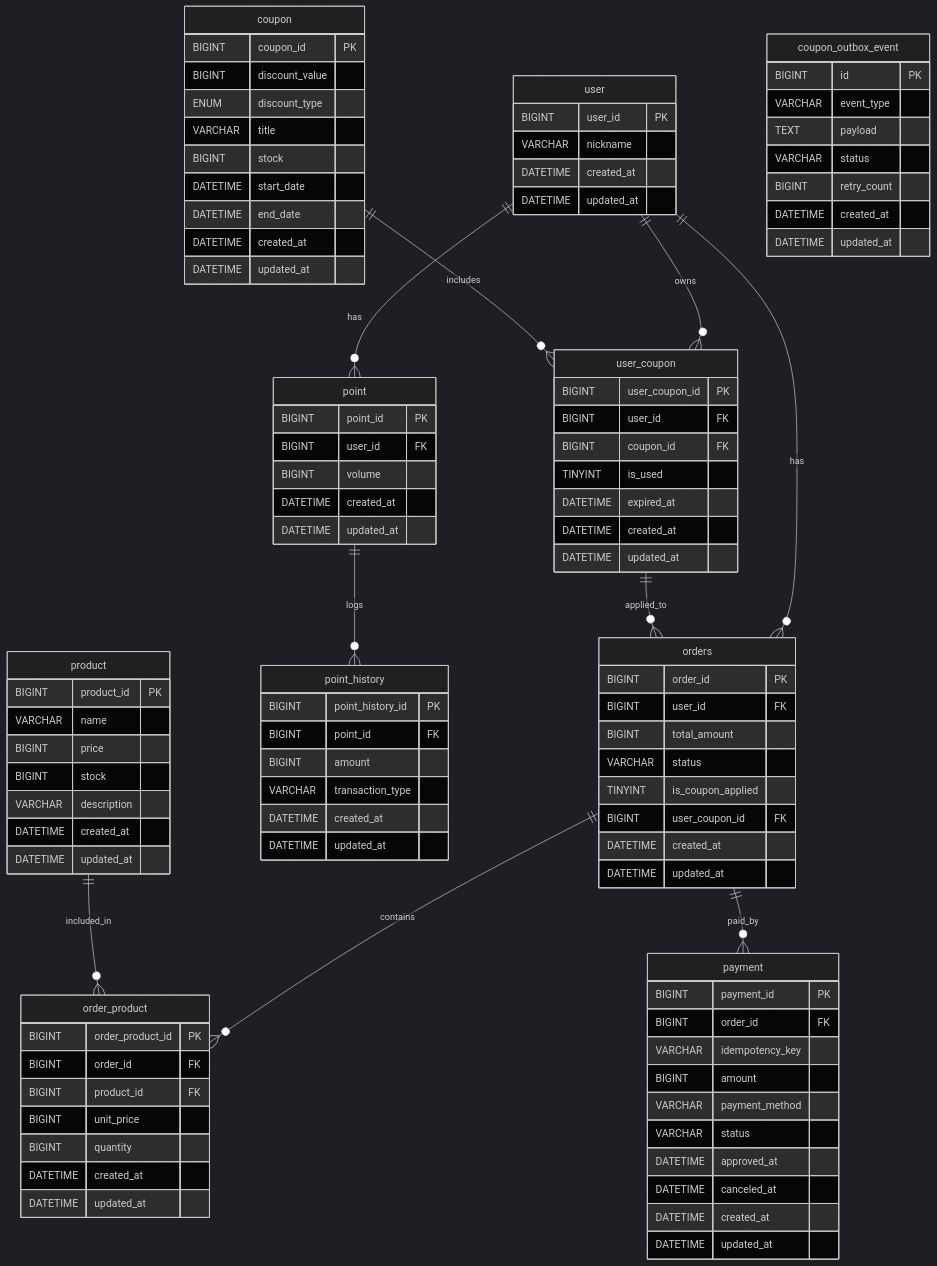
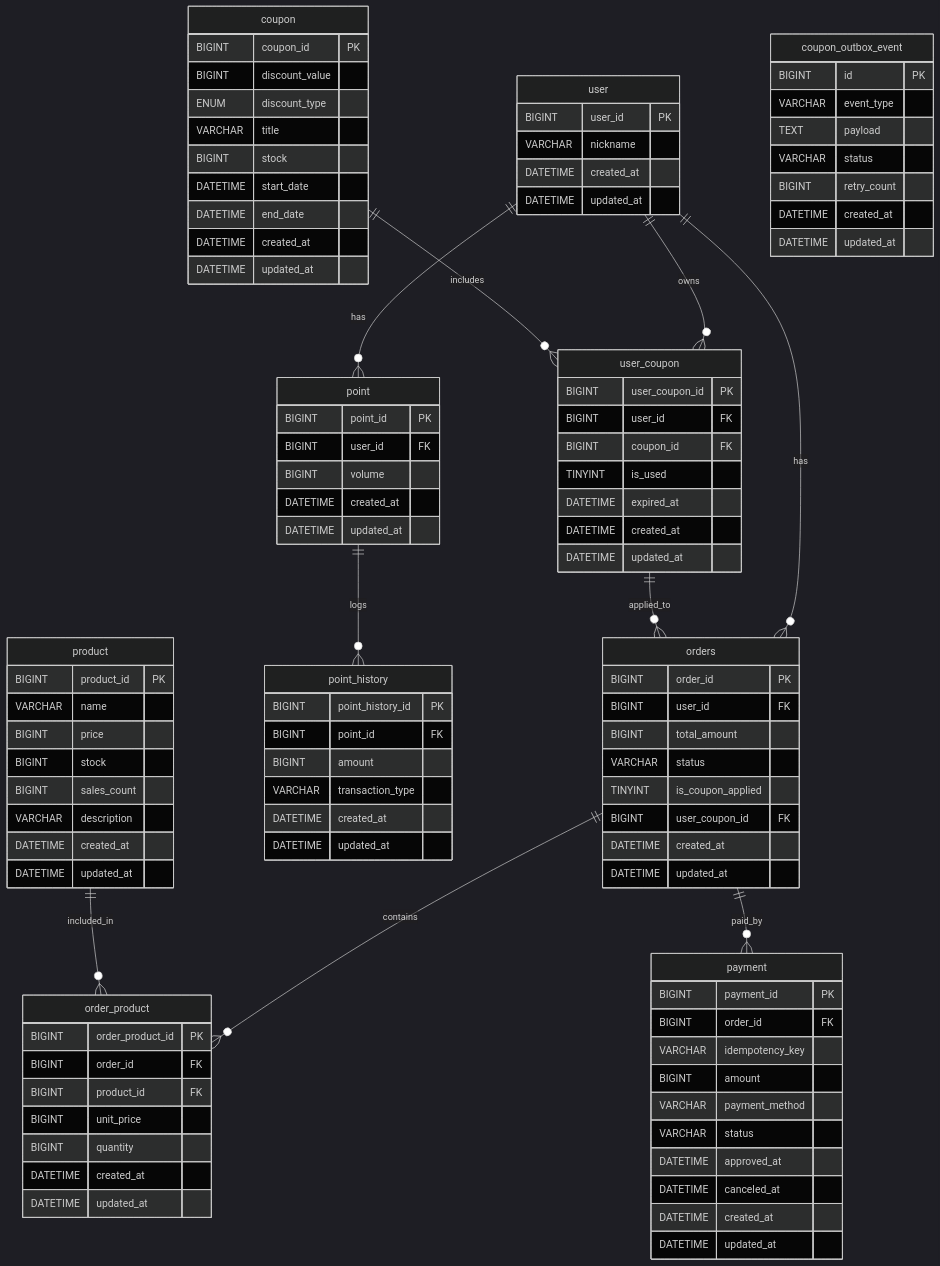
The diagram in docs/erd.md (BEpaul/e-commerce), drawn with Mermaid (dark theme) before and after one commit. The commit also changed other lines of this file and 2 other files, not shown here.

Commit message:
[CHORE] 분산락에서 재고 차감 시 상품 ID 순서 보장을 통해 데드락을 방지하도록 수정

```diff
--- a/docs/erd.md
+++ b/docs/erd.md
@@ -59,6 +59,7 @@
         VARCHAR name
         BIGINT price
         BIGINT stock
+        BIGINT sales_count
         VARCHAR description
         DATETIME created_at
         DATETIME updated_at
```
